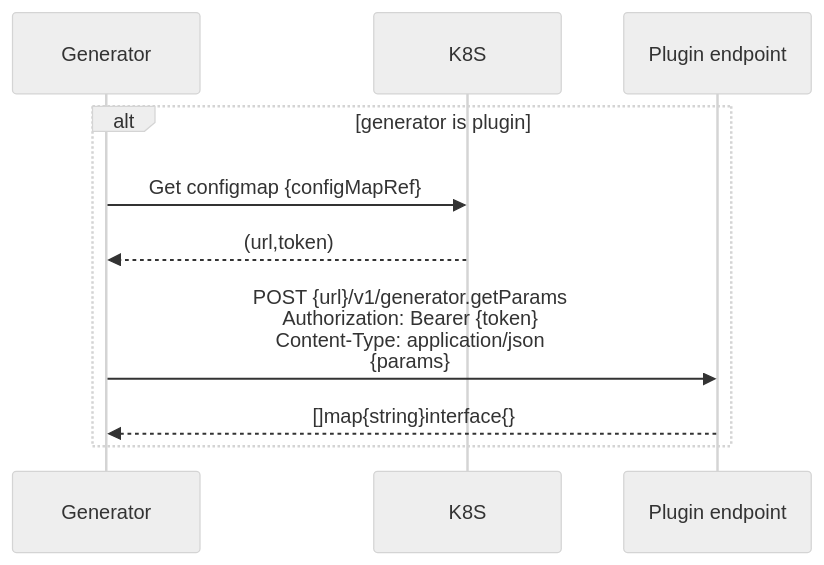
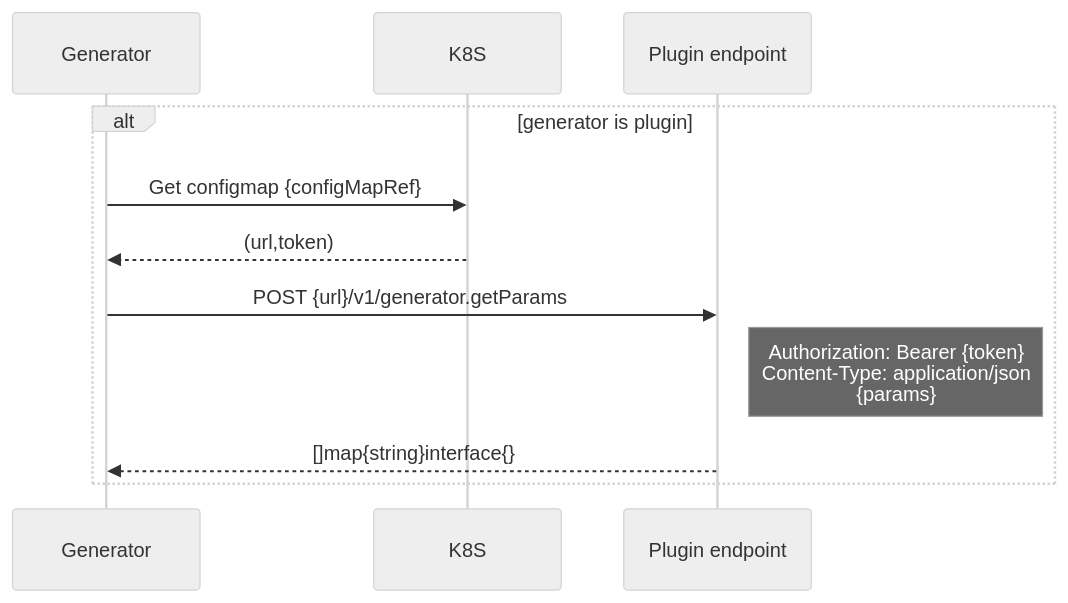
The diagram in docs/proposals/applicationset-plugin-generator.md (argoproj/argo-cd), drawn with Mermaid (neutral theme) before and after one commit. The commit also changed 5 other files, not shown here.

Commit message:
docs: add mermaid diagram support

````diff
--- a/docs/proposals/applicationset-plugin-generator.md
+++ b/docs/proposals/applicationset-plugin-generator.md
@@ -98,9 +98,13 @@
 ```mermaid
 sequenceDiagram
+    participant Generator
+    participant K8S
+    participant PluginEndpoint as Plugin endpoint
     alt generator is plugin
-    Generator->>K8S: Get configmap {configMapRef}
-    K8S-->>Generator: (url,token)
-    Generator->>Plugin endpoint: POST {url}/v1/generator.getParams<br/>Authorization: Bearer {token}<br/>Content-Type: application/json<br/>{params}
-    Plugin endpoint-->>Generator: []map{string}interface{}
-    end 
+        Generator->>K8S: Get configmap {configMapRef}
+        K8S-->>Generator: (url,token)
+        Generator->>PluginEndpoint: POST {url}/v1/generator.getParams
+        Note right of PluginEndpoint: Authorization: Bearer {token}<br/>Content-Type: application/json<br/>{params}
+        PluginEndpoint-->>Generator: []map{string}interface{}
+    end
 ```
````
